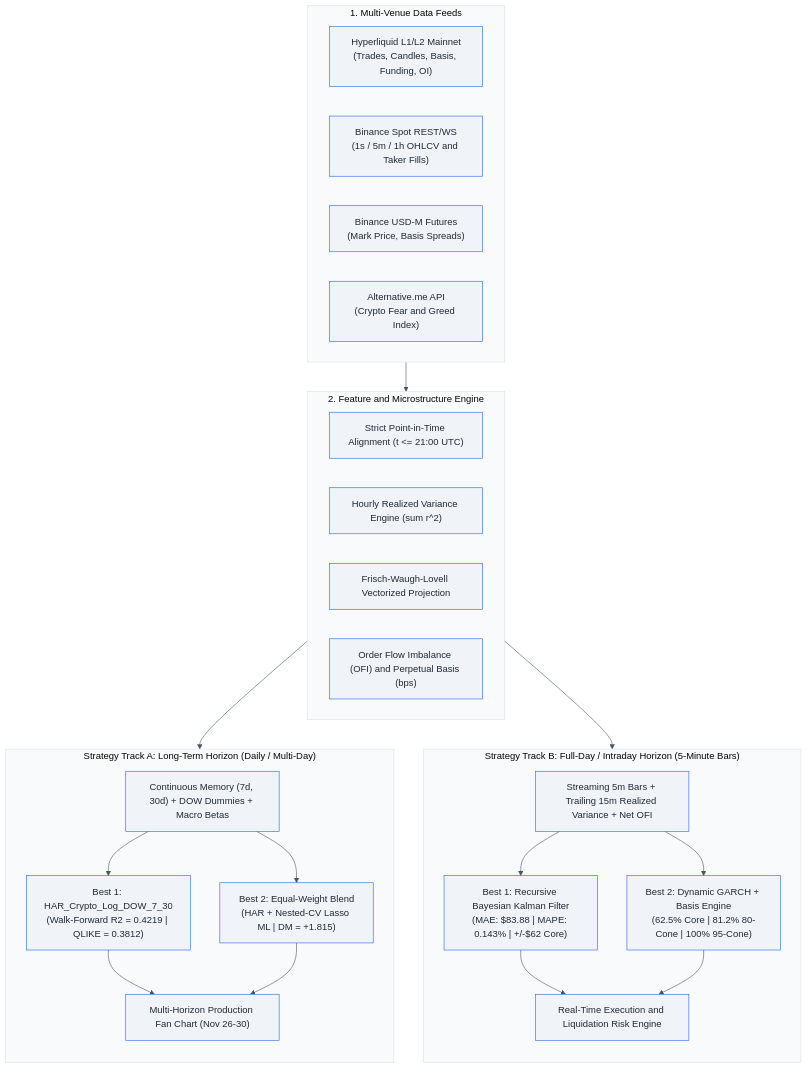
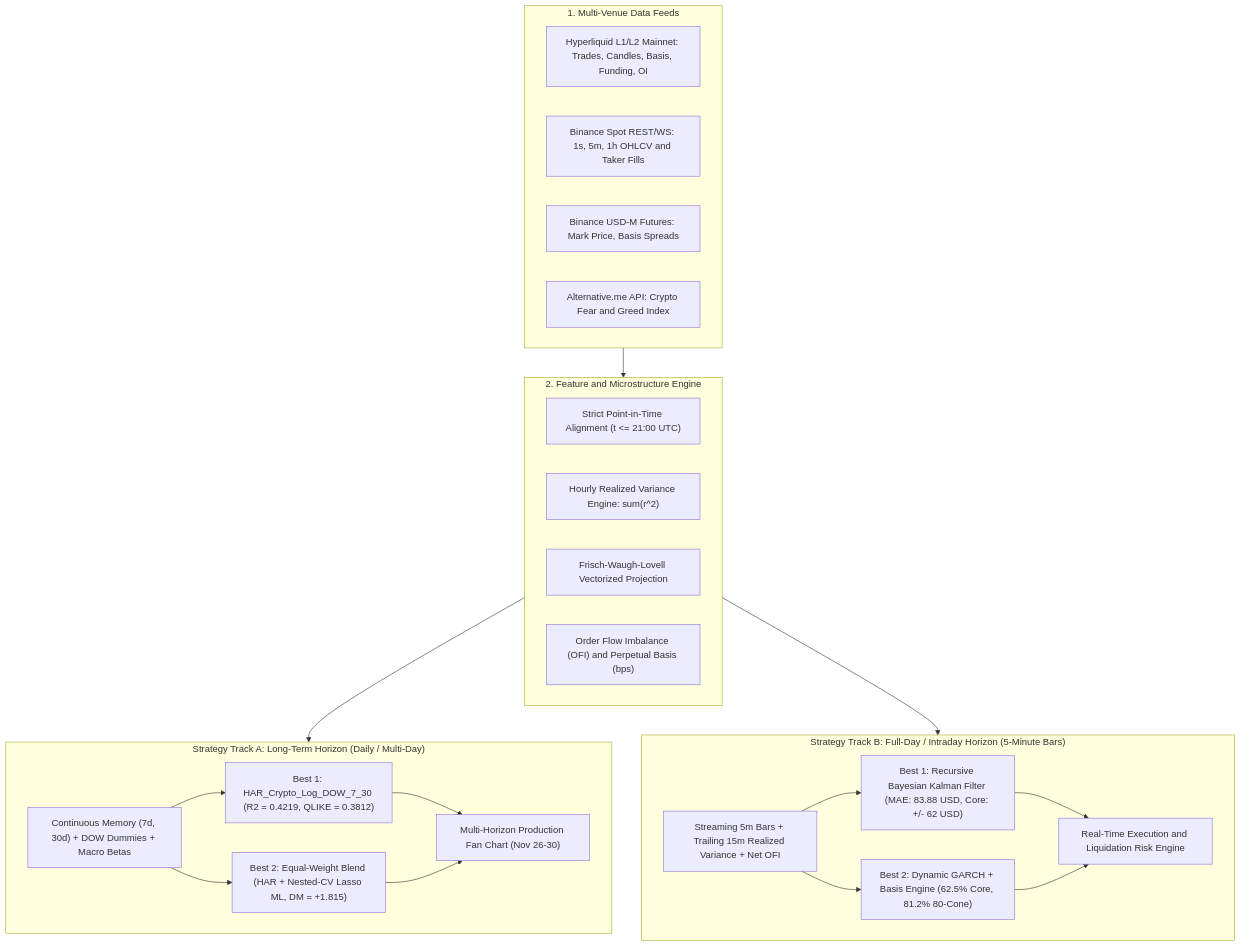
Before and after one commit to Dilipsahu01/hyperliquid_sentiment_analysis: the diagram in README.md, drawn with Mermaid. The commit also changed 4 other files, not shown here.

Commit message:
fix(docs): standardize Mermaid diagrams for universal GitHub rendering

````diff
--- a/README.md
+++ b/README.md
@@ -11,42 +11,45 @@
 ```mermaid
-%%{init: {'theme': 'base', 'themeVariables': { 'background': '#ffffff', 'primaryColor': '#f0f4f8', 'primaryTextColor': '#1f2937', 'primaryBorderColor': '#2563eb', 'lineColor': '#475569', 'secondaryColor': '#e2e8f0', 'tertiaryColor': '#f8fafc'}}}%%
 flowchart TD
     subgraph Ingestion["1. Multi-Venue Data Feeds"]
-        HL["Hyperliquid L1/L2 Mainnet<br/>(Trades, Candles, Basis, Funding, OI)"]
-        BN_Spot["Binance Spot REST/WS<br/>(1s / 5m / 1h OHLCV and Taker Fills)"]
-        BN_Fut["Binance USD-M Futures<br/>(Mark Price, Basis Spreads)"]
-        FG["Alternative.me API<br/>(Crypto Fear and Greed Index)"]
+        HL["Hyperliquid L1/L2 Mainnet: Trades, Candles, Basis, Funding, OI"]
+        BN_Spot["Binance Spot REST/WS: 1s, 5m, 1h OHLCV and Taker Fills"]
+        BN_Fut["Binance USD-M Futures: Mark Price, Basis Spreads"]
+        FG["Alternative.me API: Crypto Fear and Greed Index"]
     end
 
     subgraph Processing["2. Feature and Microstructure Engine"]
         Align["Strict Point-in-Time Alignment (t <= 21:00 UTC)"]
-        RV_Engine["Hourly Realized Variance Engine (sum r^2)"]
+        RV_Engine["Hourly Realized Variance Engine: sum(r^2)"]
         FWL["Frisch-Waugh-Lovell Vectorized Projection"]
         Micro["Order Flow Imbalance (OFI) and Perpetual Basis (bps)"]
     end
 
     Ingestion --> Processing
 
     subgraph TrackA["Strategy Track A: Long-Term Horizon (Daily / Multi-Day)"]
-        direction TB
         A_Feat["Continuous Memory (7d, 30d) + DOW Dummies + Macro Betas"]
-        AppA1["Best 1: HAR_Crypto_Log_DOW_7_30<br/>(Walk-Forward R2 = 0.4219 | QLIKE = 0.3812)"]
-        AppA2["Best 2: Equal-Weight Blend<br/>(HAR + Nested-CV Lasso ML | DM = +1.815)"]
+        AppA1["Best 1: HAR_Crypto_Log_DOW_7_30 (R2 = 0.4219, QLIKE = 0.3812)"]
+        AppA2["Best 2: Equal-Weight Blend (HAR + Nested-CV Lasso ML, DM = +1.815)"]
         A_Out["Multi-Horizon Production Fan Chart (Nov 26-30)"]
         
-        A_Feat --> AppA1 & AppA2 --> A_Out
+        A_Feat --> AppA1
+        A_Feat --> AppA2
+        AppA1 --> A_Out
+        AppA2 --> A_Out
     end
 
     subgraph TrackB["Strategy Track B: Full-Day / Intraday Horizon (5-Minute Bars)"]
-        direction TB
         B_Feat["Streaming 5m Bars + Trailing 15m Realized Variance + Net OFI"]
-        AppB1["Best 1: Recursive Bayesian Kalman Filter<br/>(MAE: $83.88 | MAPE: 0.143% | +/-$62 Core)"]
-        AppB2["Best 2: Dynamic GARCH + Basis Engine<br/>(62.5% Core | 81.2% 80-Cone | 100% 95-Cone)"]
+        AppB1["Best 1: Recursive Bayesian Kalman Filter (MAE: 83.88 USD, Core: +/- 62 USD)"]
+        AppB2["Best 2: Dynamic GARCH + Basis Engine (62.5% Core, 81.2% 80-Cone)"]
         B_Out["Real-Time Execution and Liquidation Risk Engine"]
         
-        B_Feat --> AppB1 & AppB2 --> B_Out
+        B_Feat --> AppB1
+        B_Feat --> AppB2
+        AppB1 --> B_Out
+        AppB2 --> B_Out
     end
 
     Processing --> TrackA
     Processing --> TrackB
 ```
````
